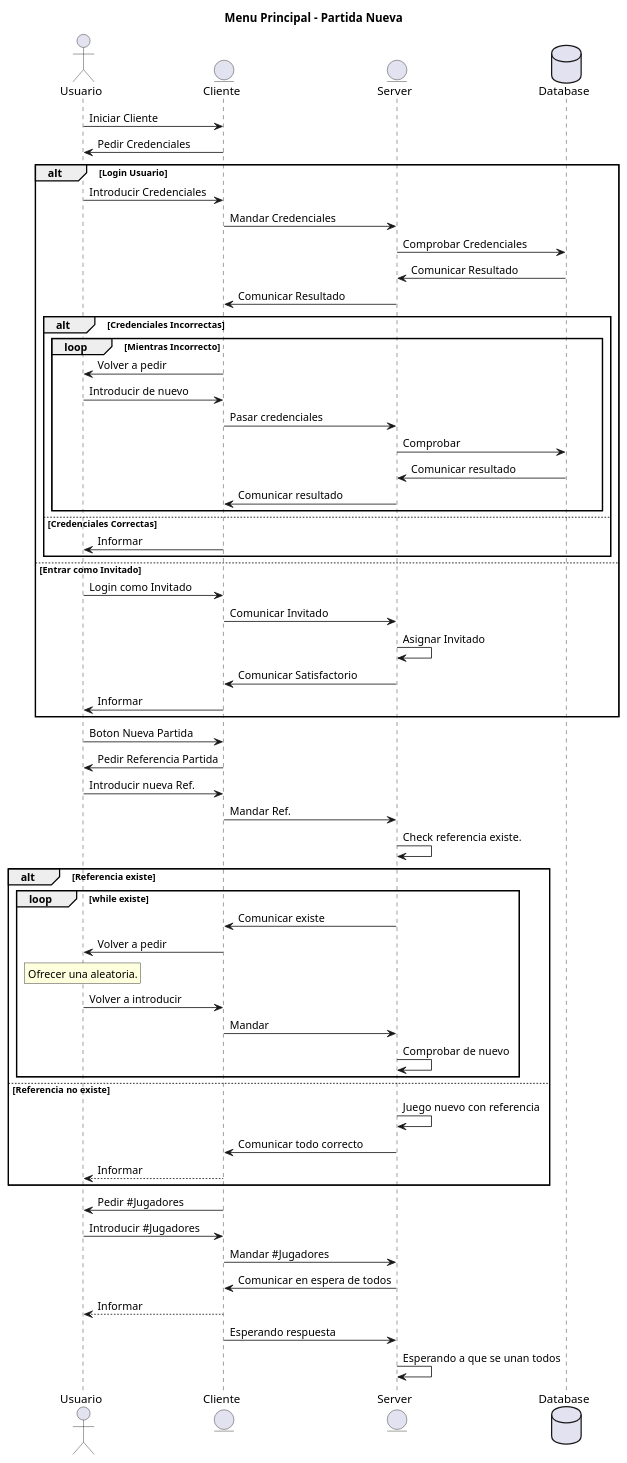
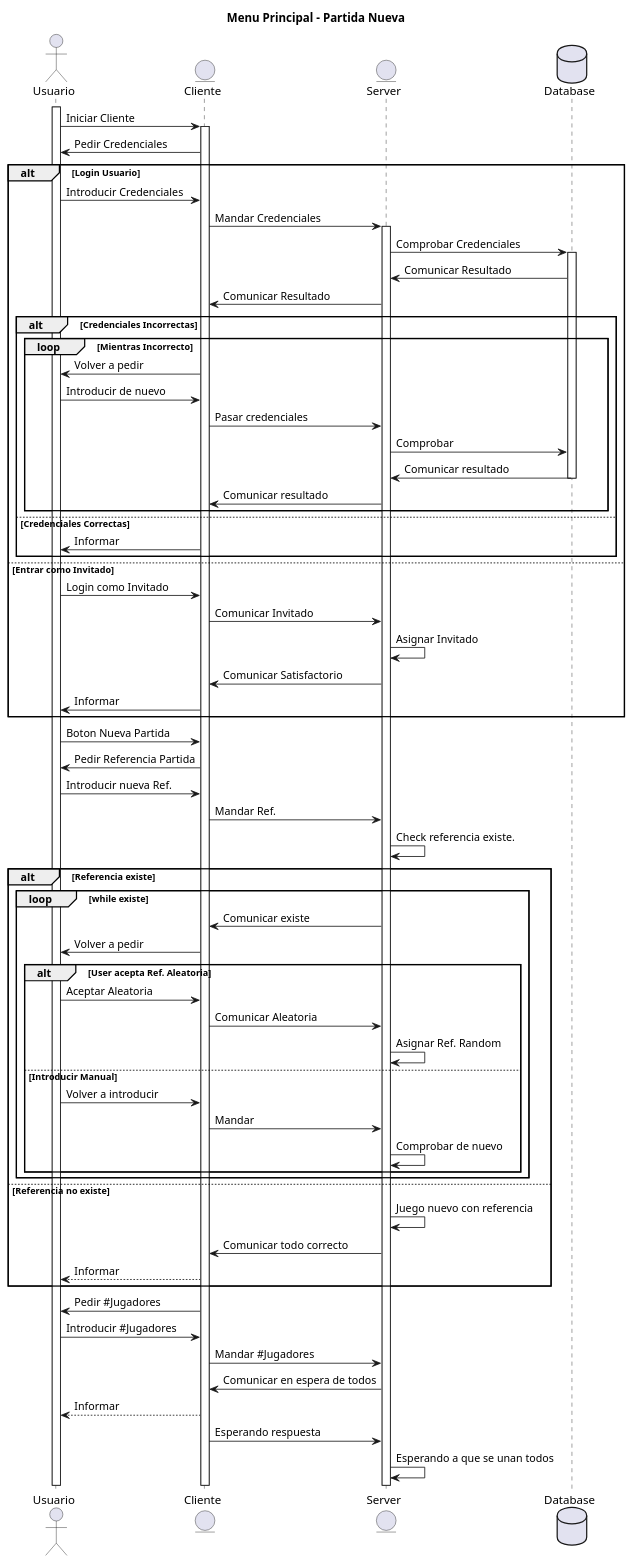
The diagram in Programas/Poker_Server/src/diagramas/nueva_partida.puml (ruanzhijun/online-poker-texas-hold-em), drawn with PlantUML before and after one commit. The commit also changed 1 other file, not shown here.

Commit message:
Arreglando diagrama de secuencia de Crear una partida Nueva.

```diff
--- a/Programas/Poker_Server/src/diagramas/nueva_partida.puml
+++ b/Programas/Poker_Server/src/diagramas/nueva_partida.puml
@@ -1,67 +1,80 @@
 @startuml
 title Menu Principal - Partida Nueva
 actor Usuario
 entity Cliente
 entity Server
 database Database
 
+activate Usuario
 Usuario->Cliente: Iniciar Cliente
+
+activate Cliente
 Cliente->Usuario: Pedir Credenciales
 
 alt Login Usuario
 Usuario->Cliente: Introducir Credenciales
 Cliente->Server: Mandar Credenciales
+activate Server
 Server->Database: Comprobar Credenciales
+activate Database
 Database->Server: Comunicar Resultado
 Server->Cliente: Comunicar Resultado
 
 alt Credenciales Incorrectas
 loop Mientras Incorrecto
 Cliente->Usuario: Volver a pedir
 Usuario->Cliente: Introducir de nuevo
 Cliente->Server: Pasar credenciales
 Server->Database: Comprobar
 Database->Server: Comunicar resultado
+deactivate Database
 Server->Cliente: Comunicar resultado
 end
 else Credenciales Correctas
 Cliente->Usuario: Informar
 end
 else Entrar como Invitado
 Usuario->Cliente: Login como Invitado
 Cliente->Server: Comunicar Invitado
 Server->Server: Asignar Invitado
 Server->Cliente: Comunicar Satisfactorio
 Cliente->Usuario: Informar
 end
 
 Usuario->Cliente: Boton Nueva Partida
 Cliente->Usuario: Pedir Referencia Partida
 Usuario->Cliente: Introducir nueva Ref.
 Cliente->Server: Mandar Ref.
 Server->Server: Check referencia existe.
 alt Referencia existe
 loop while existe
 Server->Cliente: Comunicar existe
 Cliente->Usuario: Volver a pedir
-rnote over Usuario: Ofrecer una aleatoria.
+
+alt User acepta Ref. Aleatoria
+Usuario->Cliente: Aceptar Aleatoria
+Cliente->Server: Comunicar Aleatoria
+Server->Server: Asignar Ref. Random
+else Introducir Manual
+
 Usuario->Cliente: Volver a introducir
 Cliente->Server: Mandar
 Server->Server: Comprobar de nuevo
+end
 end
 else Referencia no existe
 Server->Server: Juego nuevo con referencia
 Server->Cliente: Comunicar todo correcto
 Cliente-->Usuario: Informar
 end
 
 Cliente->Usuario: Pedir #Jugadores
 Usuario->Cliente: Introducir #Jugadores
 Cliente->Server: Mandar #Jugadores
 
 Server->Cliente: Comunicar en espera de todos
 Cliente-->Usuario: Informar
 
 Cliente->Server: Esperando respuesta
 Server->Server: Esperando a que se unan todos
 @enduml
```
